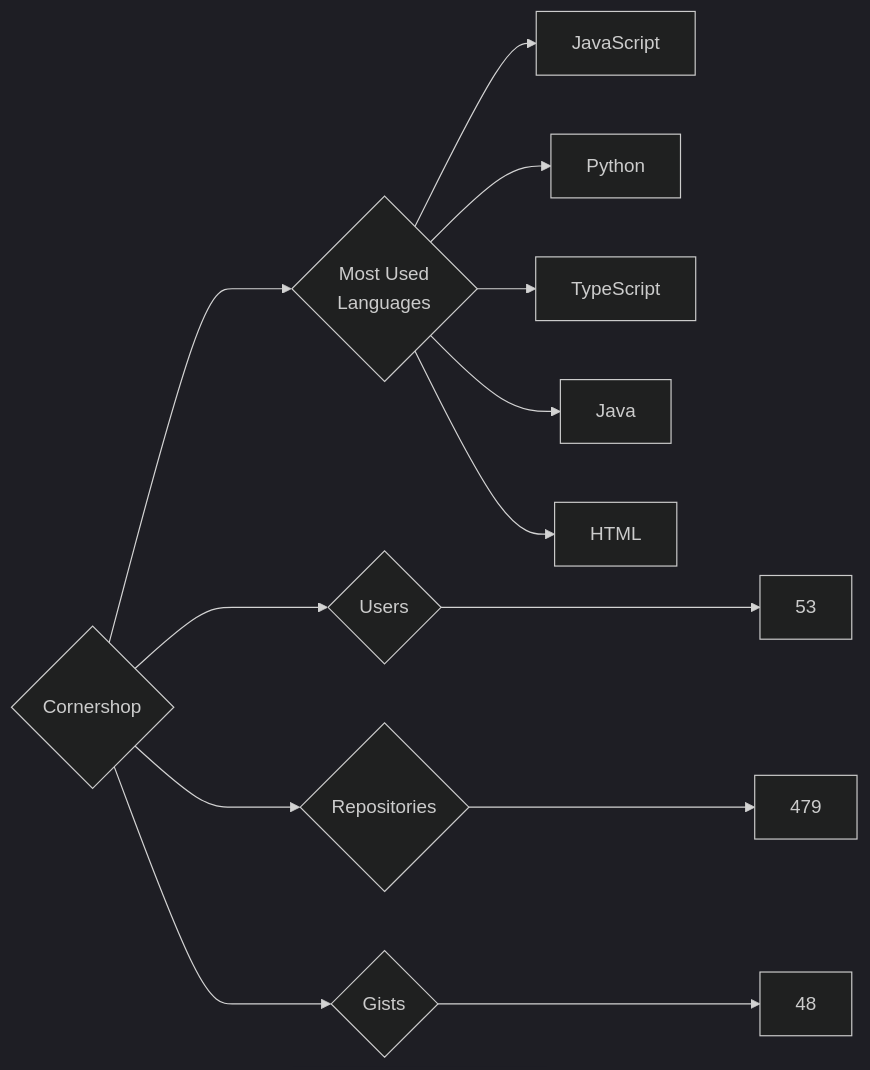
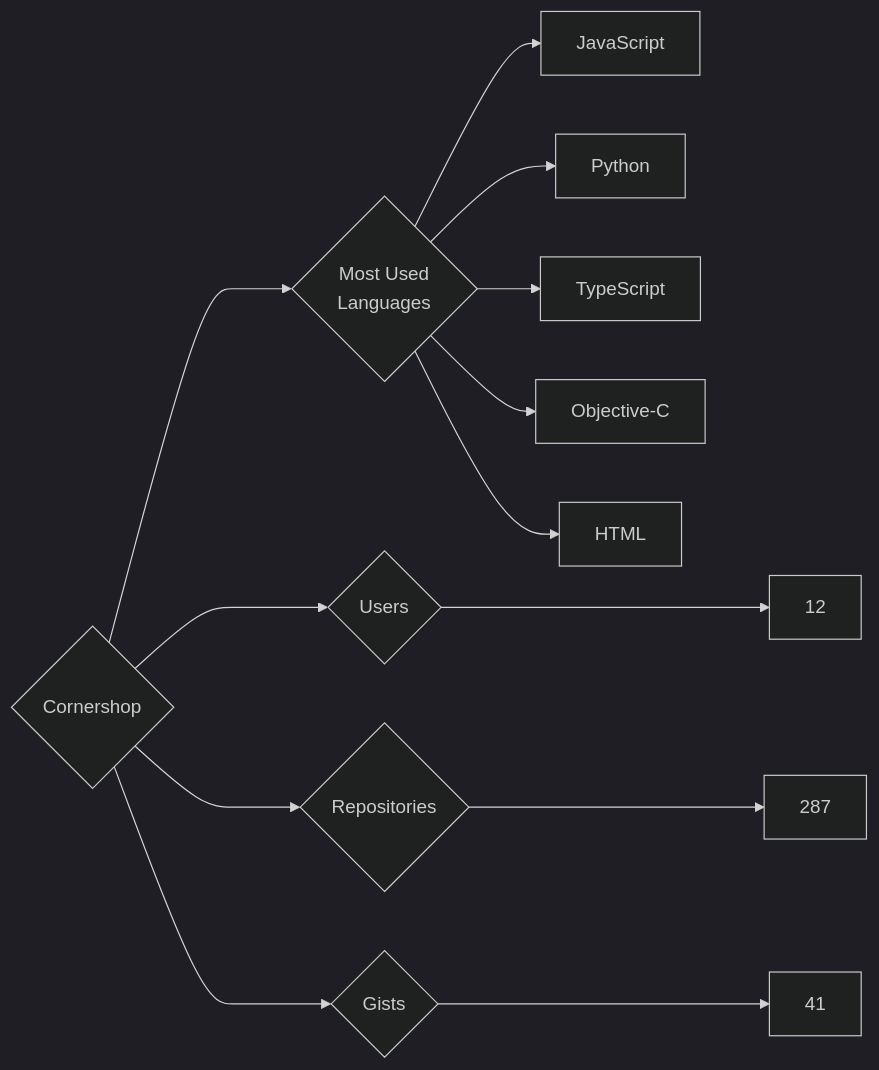
Before and after one commit to trickest/insiders: the diagram in targets/Cornershop/README.md, drawn with Mermaid (dark theme). The commit also changed 688 other files, not shown here.

````diff
--- a/targets/Cornershop/README.md
+++ b/targets/Cornershop/README.md
@@ -3,13 +3,13 @@
 ```mermaid
 graph LR
 COMPANY_NAME{Cornershop}
-COMPANY_NAME ---> U{Users} ---> UN[53]
-COMPANY_NAME ---> R{Repositories} ---> RN[479]
-COMPANY_NAME ---> G{Gists} ---> GN[48]
+COMPANY_NAME ---> U{Users} ---> UN[12]
+COMPANY_NAME ---> R{Repositories} ---> RN[287]
+COMPANY_NAME ---> G{Gists} ---> GN[41]
 COMPANY_NAME ---> ML{Most Used<br>Languages}
 ML --> JavaScript[JavaScript]
 ML --> Python[Python]
 ML --> TypeScript[TypeScript]
-ML --> Java[Java]
+ML --> Objective-C[Objective-C]
 ML --> HTML[HTML]
 ```
````
